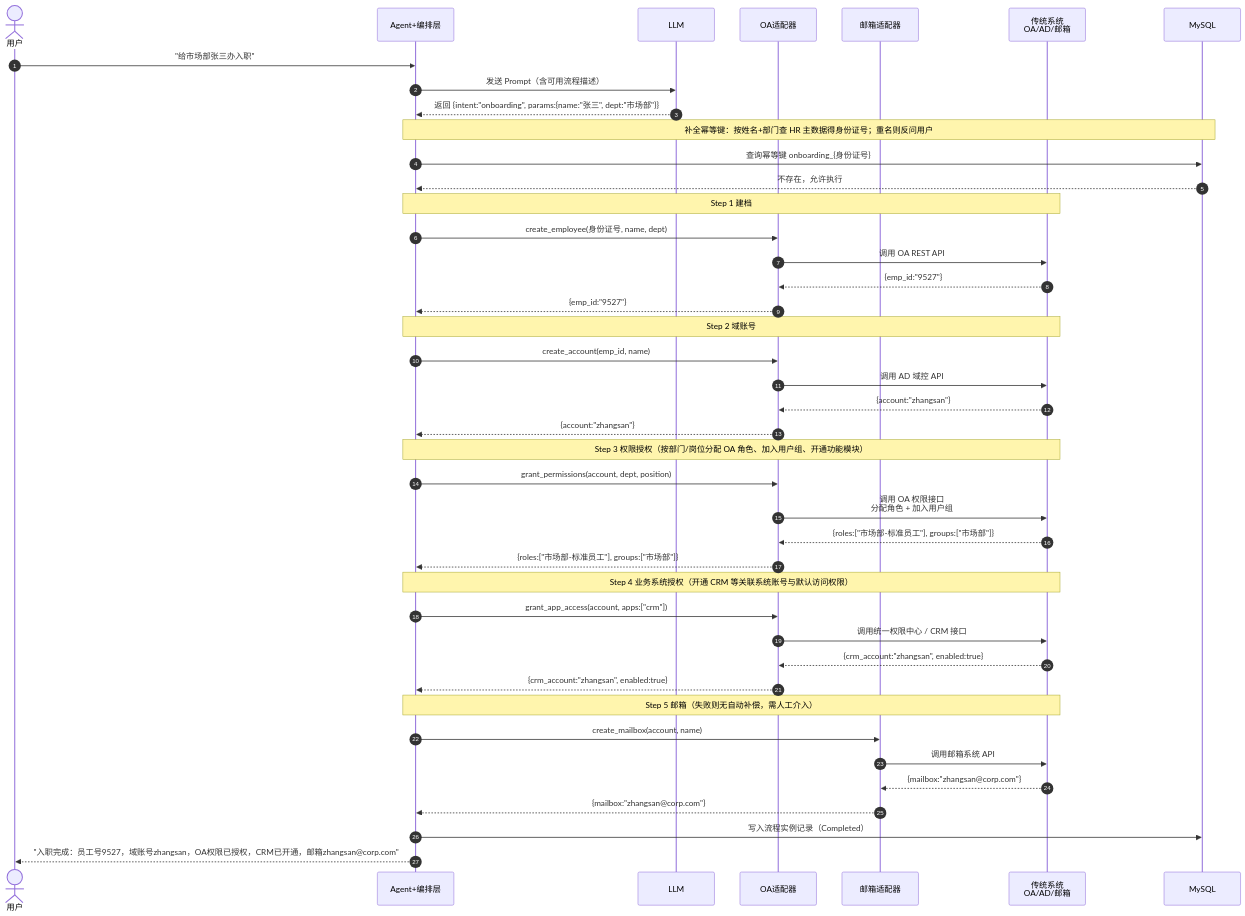
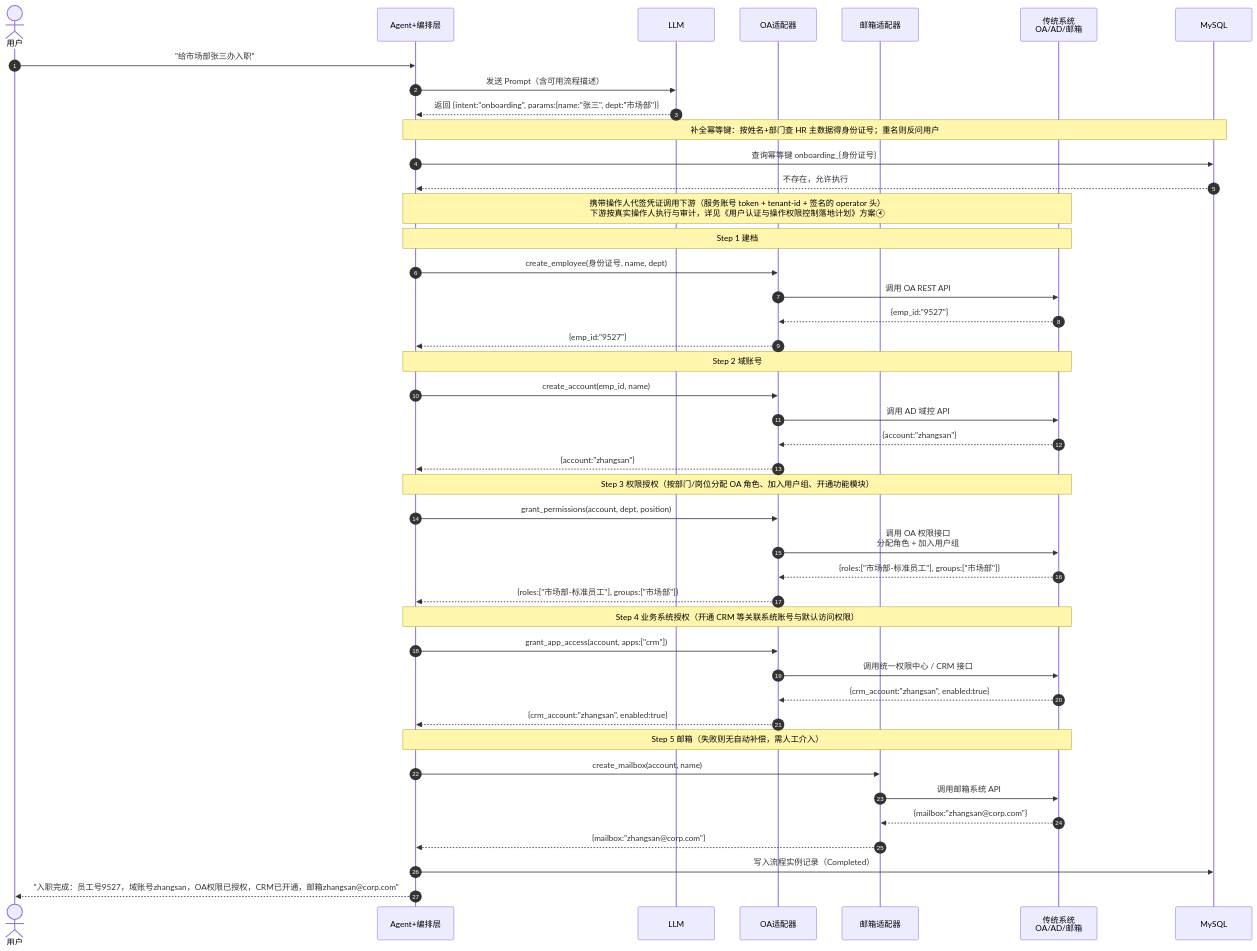
One commit to zs2731070169-web/smart_talkflow changed the second of 8 diagrams in SSD/传统业务系统接入 Agent 落地计划.md. Above: the diagram before and after it, drawn with Mermaid. The commit also changed other lines of this file and 50 other files, not shown here.

````diff
--- a/SSD/传统业务系统接入 Agent 落地计划.md
+++ b/SSD/传统业务系统接入 Agent 落地计划.md
@@ -61,52 +62,54 @@
 ```mermaid
 sequenceDiagram
     autonumber
     actor U as 用户
     participant A as Agent+编排层
     participant L as LLM
     participant OA as OA适配器
     participant EM as 邮箱适配器
     participant SYS as 传统系统<br/>OA/AD/邮箱
     participant DB as MySQL
 
     U->>A: "给市场部张三办入职"
     A->>L: 发送 Prompt（含可用流程描述）
     L-->>A: 返回 {intent:"onboarding", params:{name:"张三", dept:"市场部"}}
 
     Note over A,DB: 补全幂等键：按姓名+部门查 HR 主数据得身份证号；重名则反问用户
     A->>DB: 查询幂等键 onboarding_{身份证号}
     DB-->>A: 不存在，允许执行
+
+    Note over A,SYS: 携带操作人代签凭证调用下游（服务账号 token + tenant-id + 签名的 operator 头）<br/>下游按真实操作人执行与审计，详见《用户认证与操作权限控制落地计划》方案④
 
     Note over A,SYS: Step 1 建档
     A->>OA: create_employee(身份证号, name, dept)
     OA->>SYS: 调用 OA REST API
     SYS-->>OA: {emp_id:"9527"}
     OA-->>A: {emp_id:"9527"}
 
     Note over A,SYS: Step 2 域账号
     A->>OA: create_account(emp_id, name)
     OA->>SYS: 调用 AD 域控 API
     SYS-->>OA: {account:"zhangsan"}
     OA-->>A: {account:"zhangsan"}
 
     Note over A,SYS: Step 3 权限授权（按部门/岗位分配 OA 角色、加入用户组、开通功能模块）
     A->>OA: grant_permissions(account, dept, position)
     OA->>SYS: 调用 OA 权限接口<br/>分配角色 + 加入用户组
     SYS-->>OA: {roles:["市场部-标准员工"], groups:["市场部"]}
     OA-->>A: {roles:["市场部-标准员工"], groups:["市场部"]}
 
     Note over A,SYS: Step 4 业务系统授权（开通 CRM 等关联系统账号与默认访问权限）
     A->>OA: grant_app_access(account, apps:["crm"])
     OA->>SYS: 调用统一权限中心 / CRM 接口
     SYS-->>OA: {crm_account:"zhangsan", enabled:true}
     OA-->>A: {crm_account:"zhangsan", enabled:true}
 
     Note over A,SYS: Step 5 邮箱（失败则无自动补偿，需人工介入）
     A->>EM: create_mailbox(account, name)
     EM->>SYS: 调用邮箱系统 API
     SYS-->>EM: {mailbox:"zhangsan@corp.com"}
     EM-->>A: {mailbox:"zhangsan@corp.com"}
 
     A->>DB: 写入流程实例记录（Completed）
     A-->>U: "入职完成：员工号9527，域账号zhangsan，OA权限已授权，CRM已开通，邮箱zhangsan@corp.com"
 ```
````
